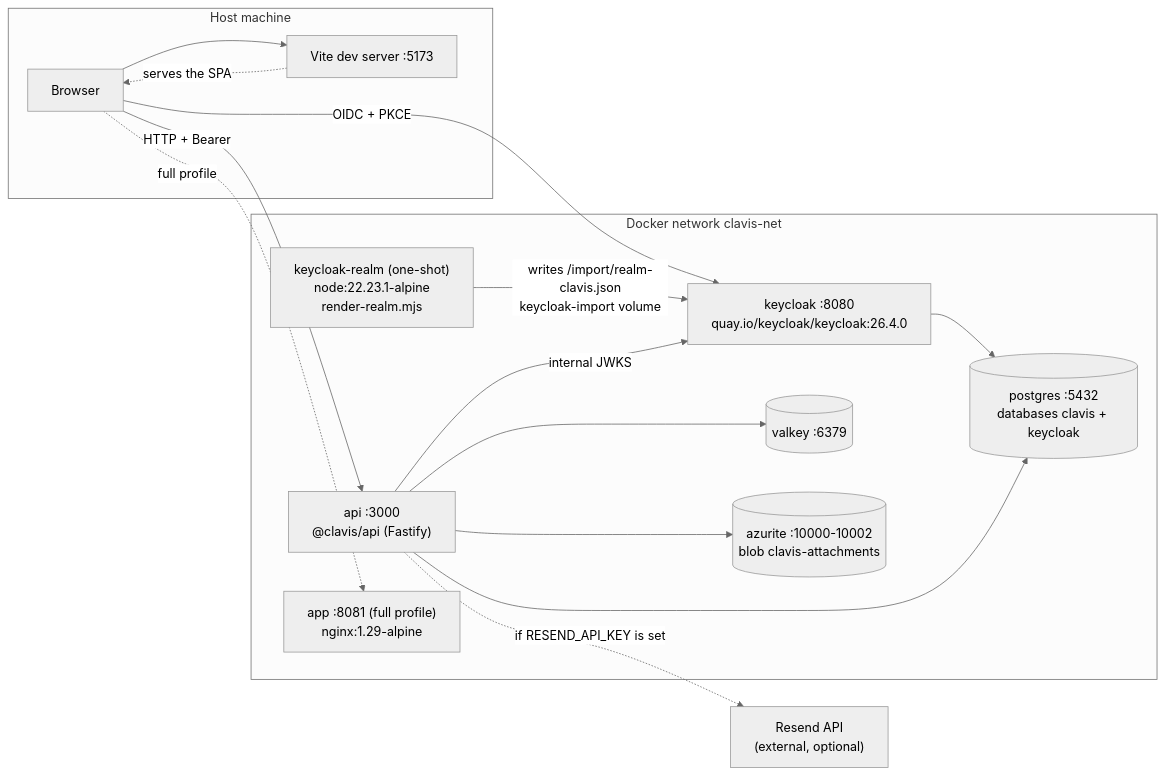
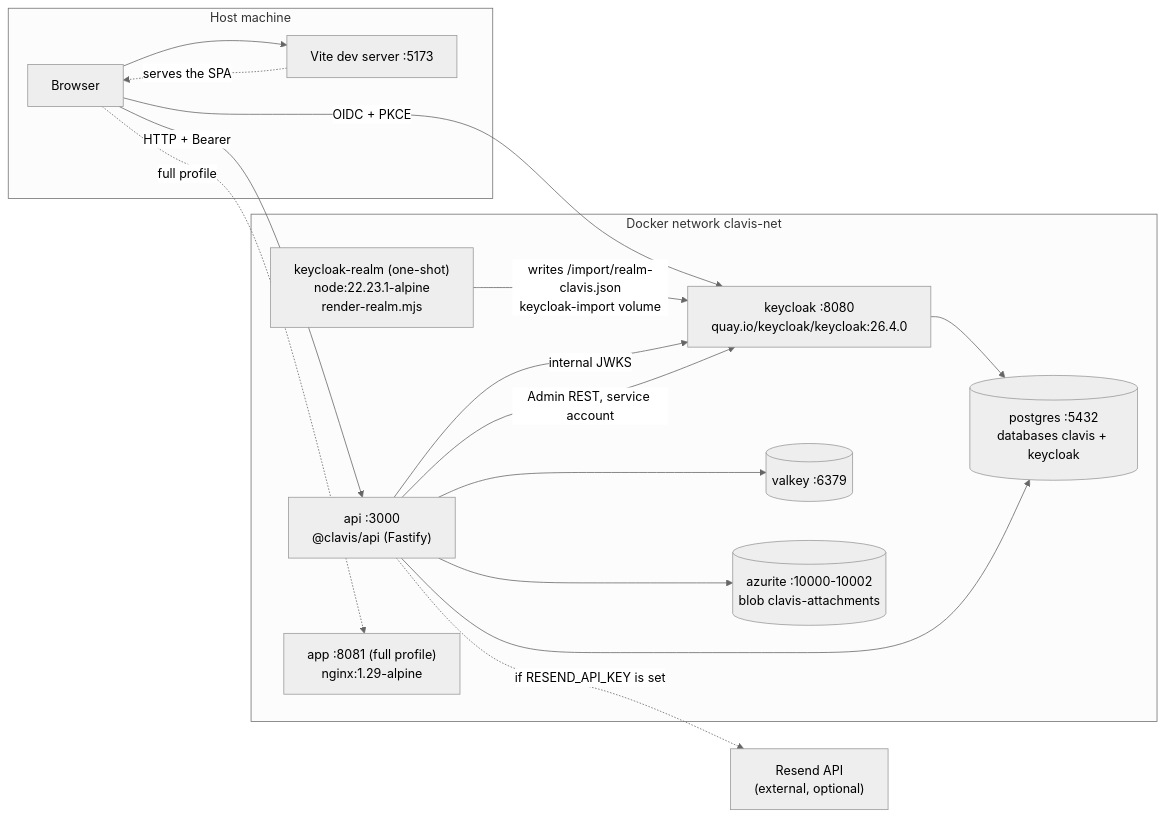
Before and after one commit to mapineda48/clavis: the second of 2 diagrams in README.md, drawn with Mermaid (neutral theme). The commit also changed other lines of this file and 4 other files, not shown here.

````diff
--- a/README.md
+++ b/README.md
@@ -350,32 +352,33 @@
 ```mermaid
 flowchart LR
     subgraph host["Host machine"]
         BROWSER["Browser"]
         VITE["Vite dev server :5173"]
     end
 
     subgraph net["Docker network clavis-net"]
         KCR["keycloak-realm (one-shot)<br/>node:22.23.1-alpine<br/>render-realm.mjs"]
         KC["keycloak :8080<br/>quay.io/keycloak/keycloak:26.4.0"]
         API["api :3000<br/>@clavis/api (Fastify)"]
         PG[("postgres :5432<br/>databases clavis + keycloak")]
         VK[("valkey :6379")]
         AZ[("azurite :10000-10002<br/>blob clavis-attachments")]
         NGX["app :8081 (full profile)<br/>nginx:1.29-alpine"]
     end
 
     RESEND["Resend API<br/>(external, optional)"]
 
     BROWSER -->|"OIDC + PKCE"| KC
     BROWSER -->|"HTTP + Bearer"| API
     BROWSER --> VITE
     BROWSER -.->|"full profile"| NGX
     VITE -.->|"serves the SPA"| BROWSER
     KCR -->|"writes /import/realm-clavis.json<br/>keycloak-import volume"| KC
     KC --> PG
     API -->|"internal JWKS"| KC
+    API -->|"Admin REST, service account"| KC
     API --> PG
     API --> VK
     API --> AZ
     API -.->|"if RESEND_API_KEY is set"| RESEND
 ```
````
